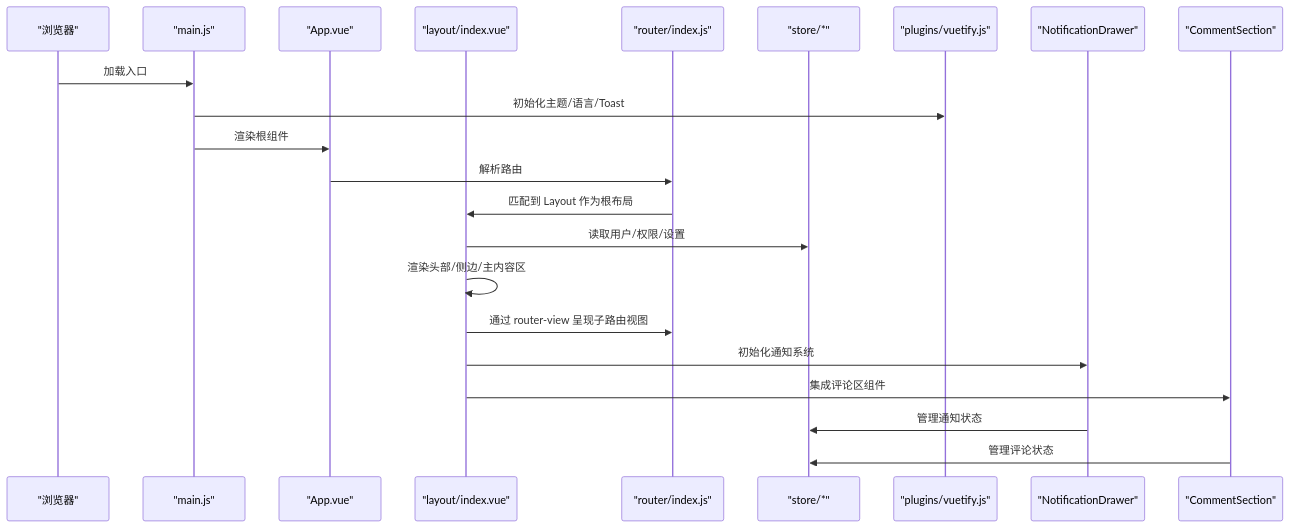
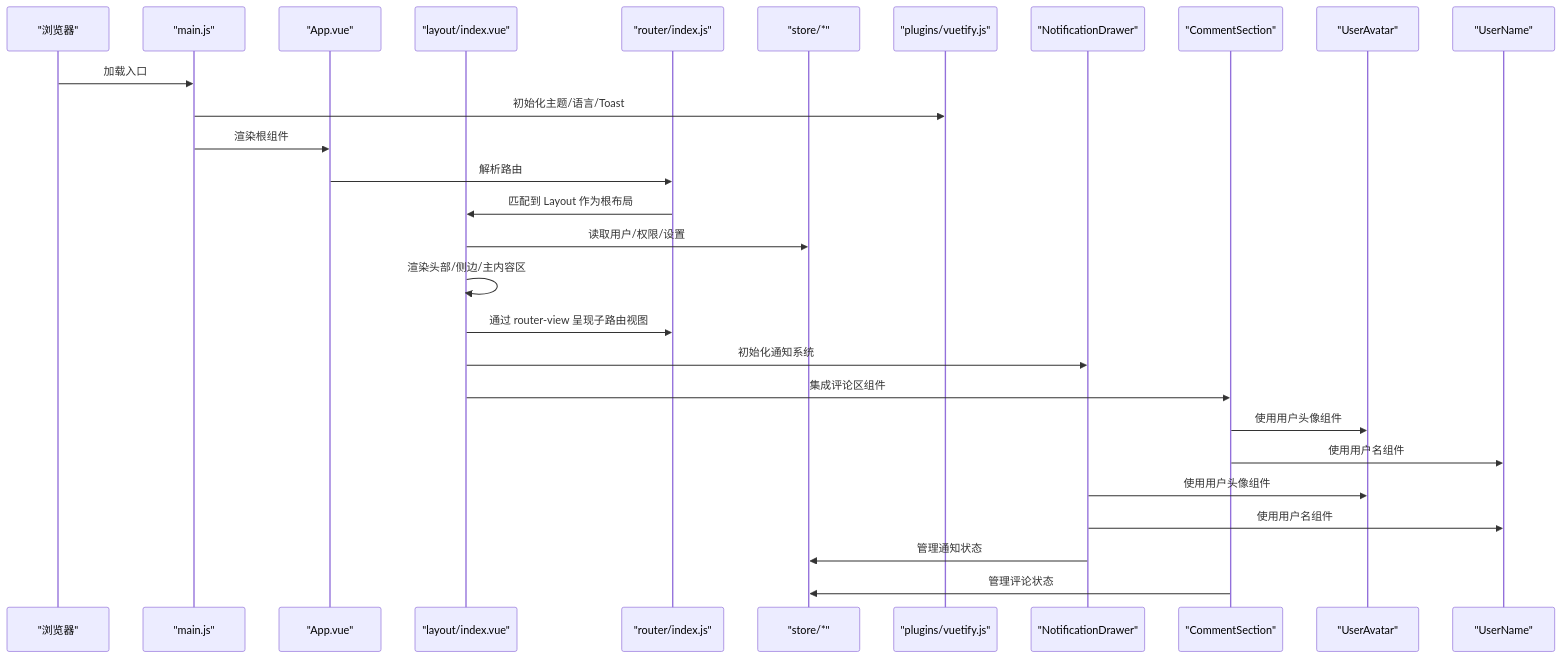
One commit to TinyMaD/SpeedRunnersLab changed the second of 4 diagrams in .qoder/repowiki/zh/content/前端应用/组件架构/布局组件.md. Above: the diagram before and after it, drawn with Mermaid. The commit also changed other lines of this file and 9 other files, not shown here.

````diff
--- a/.qoder/repowiki/zh/content/前端应用/组件架构/布局组件.md
+++ b/.qoder/repowiki/zh/content/前端应用/组件架构/布局组件.md
@@ -164,24 +189,30 @@
 ```mermaid
 sequenceDiagram
 participant Browser as "浏览器"
 participant Main as "main.js"
 participant App as "App.vue"
 participant Layout as "layout/index.vue"
 participant Router as "router/index.js"
 participant Store as "store/*"
 participant Vuetify as "plugins/vuetify.js"
 participant Notification as "NotificationDrawer"
 participant Comment as "CommentSection"
+participant UserAvatar as "UserAvatar"
+participant UserName as "UserName"
 Browser->>Main : 加载入口
 Main->>Vuetify : 初始化主题/语言/Toast
 Main->>App : 渲染根组件
 App->>Router : 解析路由
 Router->>Layout : 匹配到 Layout 作为根布局
 Layout->>Store : 读取用户/权限/设置
 Layout->>Layout : 渲染头部/侧边/主内容区
 Layout->>Router : 通过 router-view 呈现子路由视图
 Layout->>Notification : 初始化通知系统
 Layout->>Comment : 集成评论区组件
+Comment->>UserAvatar : 使用用户头像组件
+Comment->>UserName : 使用用户名组件
+Notification->>UserAvatar : 使用用户头像组件
+Notification->>UserName : 使用用户名组件
 Notification->>Store : 管理通知状态
 Comment->>Store : 管理评论状态
 ```
````
